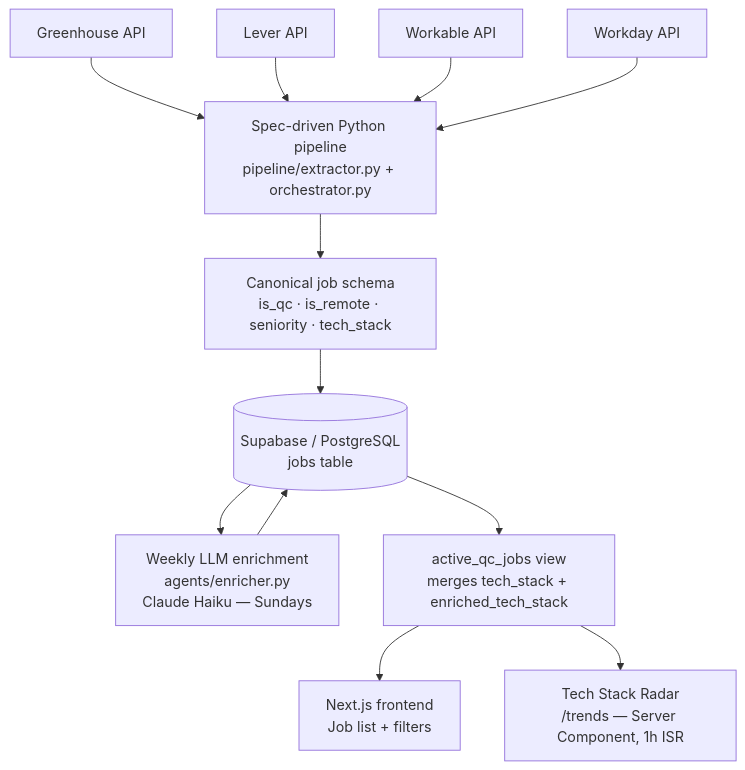
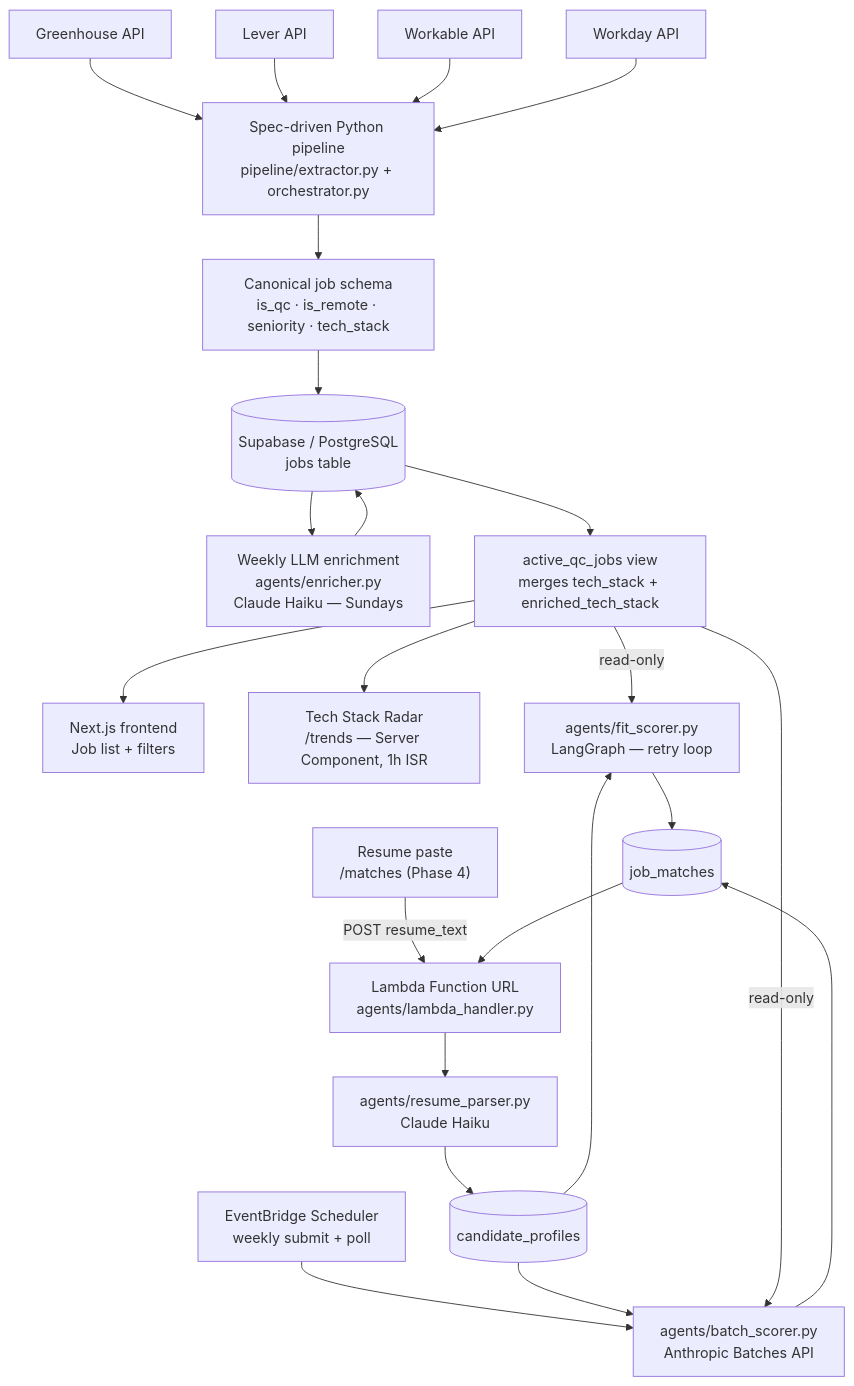
Before and after one commit to hippync/jobs-radar-qc: the diagram in docs/architecture.md, drawn with Mermaid. The commit also changed other lines of this file and 17 other files, not shown here.

````diff
--- a/docs/architecture.md
+++ b/docs/architecture.md
@@ -5,27 +5,40 @@
 ```mermaid
 flowchart TD
     GH["Greenhouse API"]
     LV["Lever API"]
     WK["Workable API"]
     WD["Workday API"]
 
     GH --> EXT
     LV --> EXT
     WK --> EXT
     WD --> EXT
 
     EXT["Spec-driven Python pipeline\npipeline/extractor.py + orchestrator.py"]
 
     EXT --> SCHEMA["Canonical job schema\nis_qc · is_remote · seniority · tech_stack"]
 
     SCHEMA --> DB[("Supabase / PostgreSQL\njobs table")]
 
     DB --> ENRICH["Weekly LLM enrichment\nagents/enricher.py\nClaude Haiku — Sundays"]
 
     ENRICH --> DB
 
     DB --> VIEW["active_qc_jobs view\nmerges tech_stack + enriched_tech_stack"]
 
     VIEW --> FE["Next.js frontend\nJob list + filters"]
     VIEW --> TRENDS["Tech Stack Radar\n/trends — Server Component, 1h ISR"]
+
+    RESUME["Resume paste\n/matches (Phase 4)"] -->|"POST resume_text"| FNURL["Lambda Function URL\nagents/lambda_handler.py"]
+    FNURL --> PARSE["agents/resume_parser.py\nClaude Haiku"]
+    PARSE --> PROFILES[("candidate_profiles")]
+    VIEW -->|"read-only"| FIT
+    PROFILES --> FIT["agents/fit_scorer.py\nLangGraph — retry loop"]
+    FIT --> MATCHES[("job_matches")]
+    MATCHES --> FNURL
+
+    SCHED["EventBridge Scheduler\nweekly submit + poll"] --> BATCH["agents/batch_scorer.py\nAnthropic Batches API"]
+    PROFILES --> BATCH
+    VIEW -->|"read-only"| BATCH
+    BATCH --> MATCHES
 ```
````
